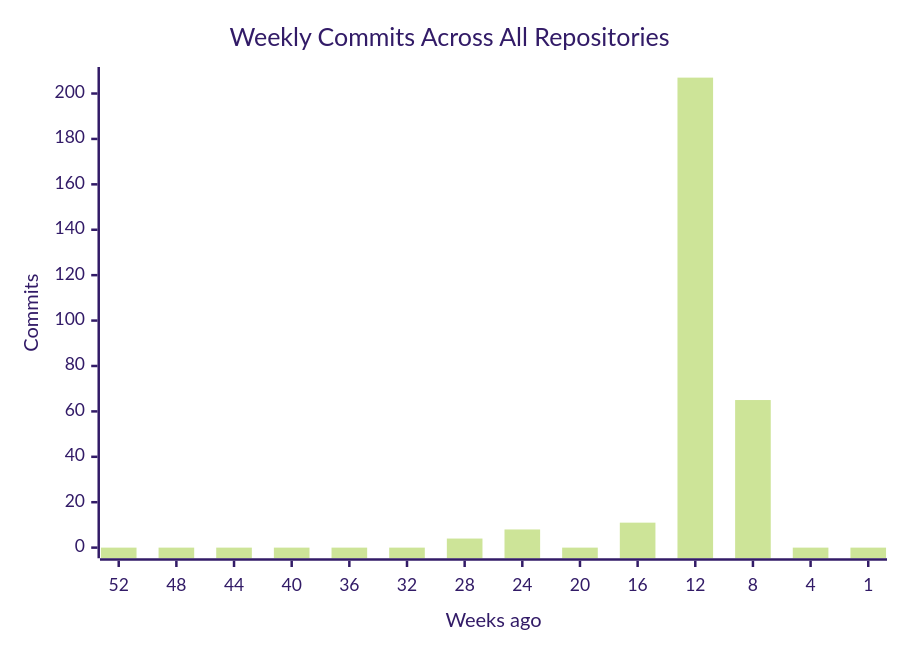
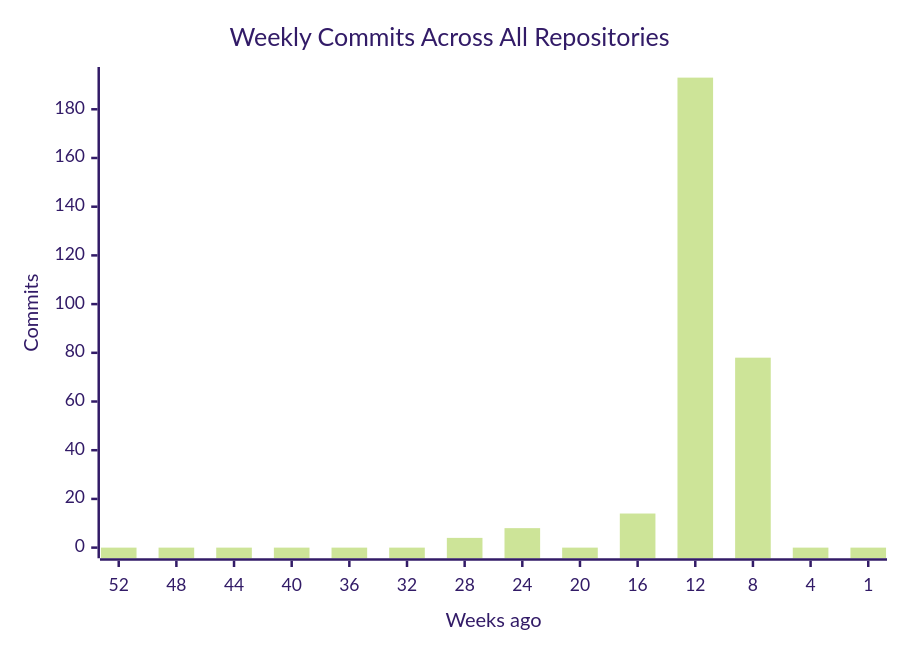
The first of 4 diagrams in profile/README.md (CSTH-Projects/.github), drawn with Mermaid (forest theme) before and after one commit. The commit also changed other lines of this file, not shown here.

````diff
--- a/profile/README.md
+++ b/profile/README.md
@@ -16,7 +16,7 @@
 ```mermaid
 xychart-beta
     title "Weekly Commits Across All Repositories"
     x-axis "Weeks ago" [52, 48, 44, 40, 36, 32, 28, 24, 20, 16, 12, 8, 4, 1]
     y-axis "Commits"
-    bar [0, 0, 0, 0, 0, 0, 4, 8, 0, 11, 207, 65, 0, 0]
+    bar [0, 0, 0, 0, 0, 0, 4, 8, 0, 14, 193, 78, 0, 0]
 ```
````
